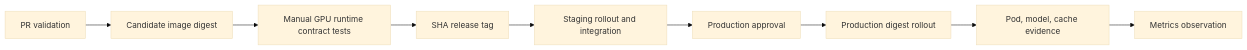
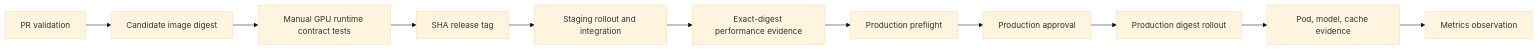
One commit to jaejungscene/triton-infer-server-handbook changed the diagram in docs/release-evidence.md. Above: the diagram before and after it, drawn with Mermaid (base theme). The commit also changed other lines of this file and 15 other files, not shown here.

Commit message:
feat: gate production on exact release digest performance

````diff
--- a/docs/release-evidence.md
+++ b/docs/release-evidence.md
@@ -26,11 +26,13 @@
 ```mermaid
 flowchart LR
     pr["PR validation"] --> candidate["Candidate image digest"]
     candidate --> contract["Manual GPU runtime contract tests"]
     contract --> release["SHA release tag"]
     release --> staging["Staging rollout and integration"]
-    staging --> approval["Production approval"]
+    staging --> perf["Exact-digest performance evidence"]
+    perf --> preflight["Production preflight"]
+    preflight --> approval["Production approval"]
     approval --> prod["Production digest rollout"]
     prod --> evidence["Pod, model, cache evidence"]
     evidence --> observe["Metrics observation"]
 ```
````
